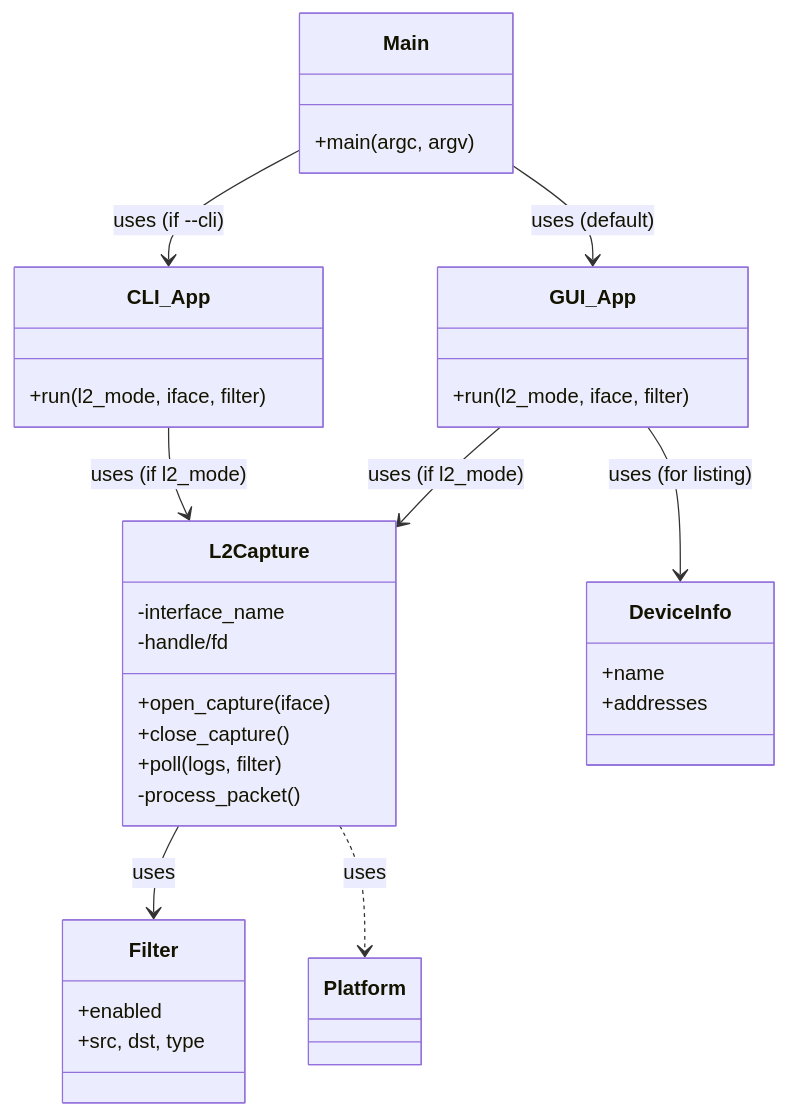
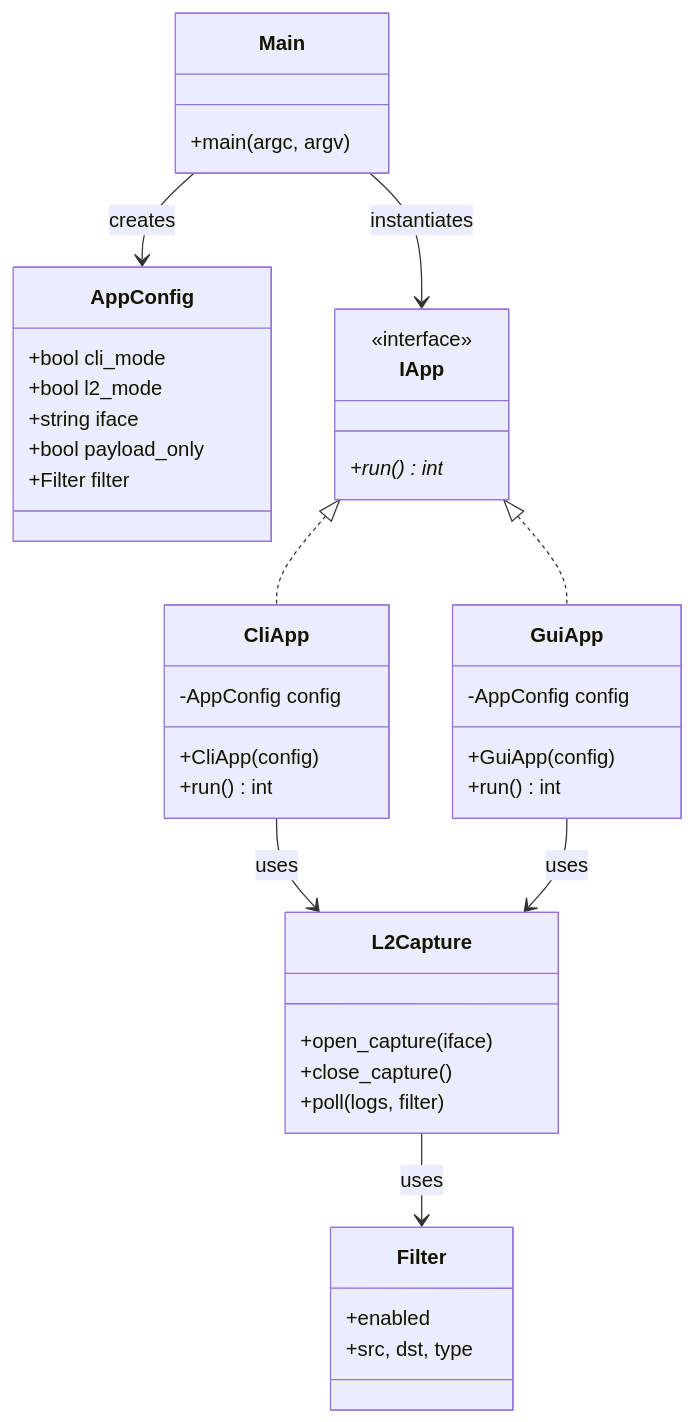
The diagram in tools/ethernet_logger/docs/arch/class_diagram.mermaid (khtb/qemu_cortexM3), drawn with Mermaid before and after one commit. The commit also changed 12 other files, not shown here.

```diff
--- a/tools/ethernet_logger/docs/arch/class_diagram.mermaid
+++ b/tools/ethernet_logger/docs/arch/class_diagram.mermaid
@@ -1,41 +1,51 @@
 classDiagram
     class Main {
         +main(argc, argv)
     }
-    
-    class CLI_App {
-        +run(l2_mode, iface, filter)
+
+    class AppConfig {
+        +bool cli_mode
+        +bool l2_mode
+        +string iface
+        +bool payload_only
+        +Filter filter
     }
     
-    class GUI_App {
-        +run(l2_mode, iface, filter)
+    class IApp {
+        <<interface>>
+        +run()* int
+    }
+    
+    class CliApp {
+        -AppConfig config
+        +CliApp(config)
+        +run() int
+    }
+    
+    class GuiApp {
+        -AppConfig config
+        +GuiApp(config)
+        +run() int
     }
     
     class L2Capture {
-        -interface_name
-        -handle/fd
         +open_capture(iface)
         +close_capture()
         +poll(logs, filter)
-        -process_packet()
     }
     
     class Filter {
         +enabled
         +src, dst, type
     }
     
-    class DeviceInfo {
-        +name
-        +addresses
-    }
+    Main --> AppConfig : creates
+    Main --> IApp : instantiates
     
-    Main --> CLI_App : uses (if --cli)
-    Main --> GUI_App : uses (default)
+    IApp <|.. CliApp
+    IApp <|.. GuiApp
     
-    CLI_App --> L2Capture : uses (if l2_mode)
-    GUI_App --> L2Capture : uses (if l2_mode)
-    GUI_App --> DeviceInfo : uses (for listing)
+    CliApp --> L2Capture : uses
+    GuiApp --> L2Capture : uses
     
     L2Capture --> Filter : uses
-    L2Capture ..> Platform : uses
```
